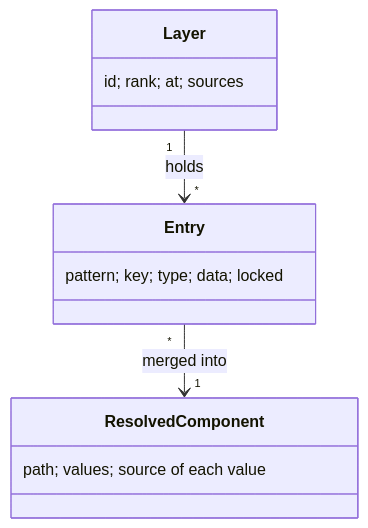
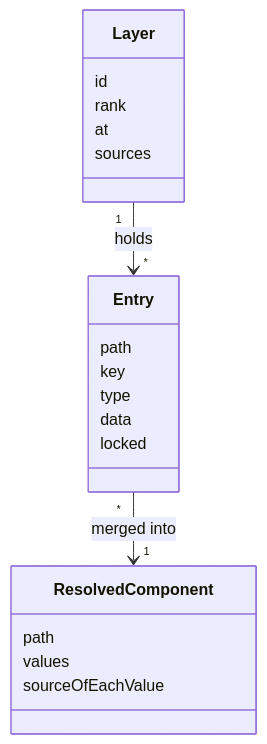
One commit to nabil-becker/devcontainer-features changed the seventh of 7 diagrams in docs/proposals/component-registry.md. Above: the diagram before and after it, drawn with Mermaid. The commit also changed other lines of this file and 2 other files, not shown here.

First line of the commit message:
docs(proposals): apply the architecture review and the Operator's rulings to the component registry (layered-skills-proposal)

````diff
--- a/docs/proposals/component-registry.md
+++ b/docs/proposals/component-registry.md
@@ -304,8 +407,23 @@
 ```mermaid
 classDiagram
-  class Layer { id; rank; at; sources }
-  class Entry { pattern; key; type; data; locked }
-  class ResolvedComponent { path; values; source of each value }
+  class Layer {
+    id
+    rank
+    at
+    sources
+  }
+  class Entry {
+    path
+    key
+    type
+    data
+    locked
+  }
+  class ResolvedComponent {
+    path
+    values
+    sourceOfEachValue
+  }
   Layer "1" --> "*" Entry : holds
   Entry "*" --> "1" ResolvedComponent : merged into
 ```
````
